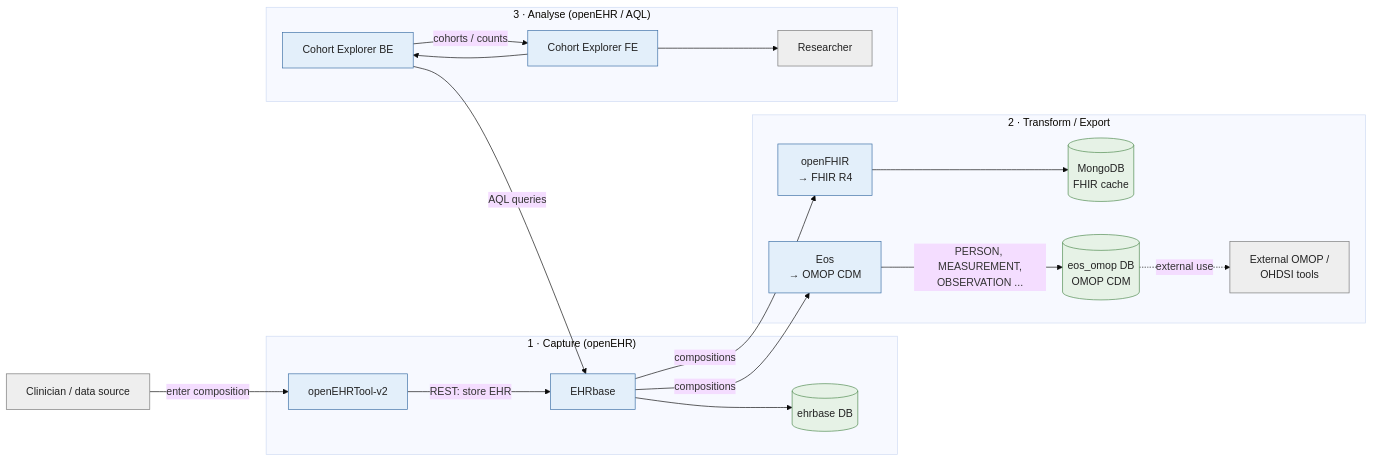
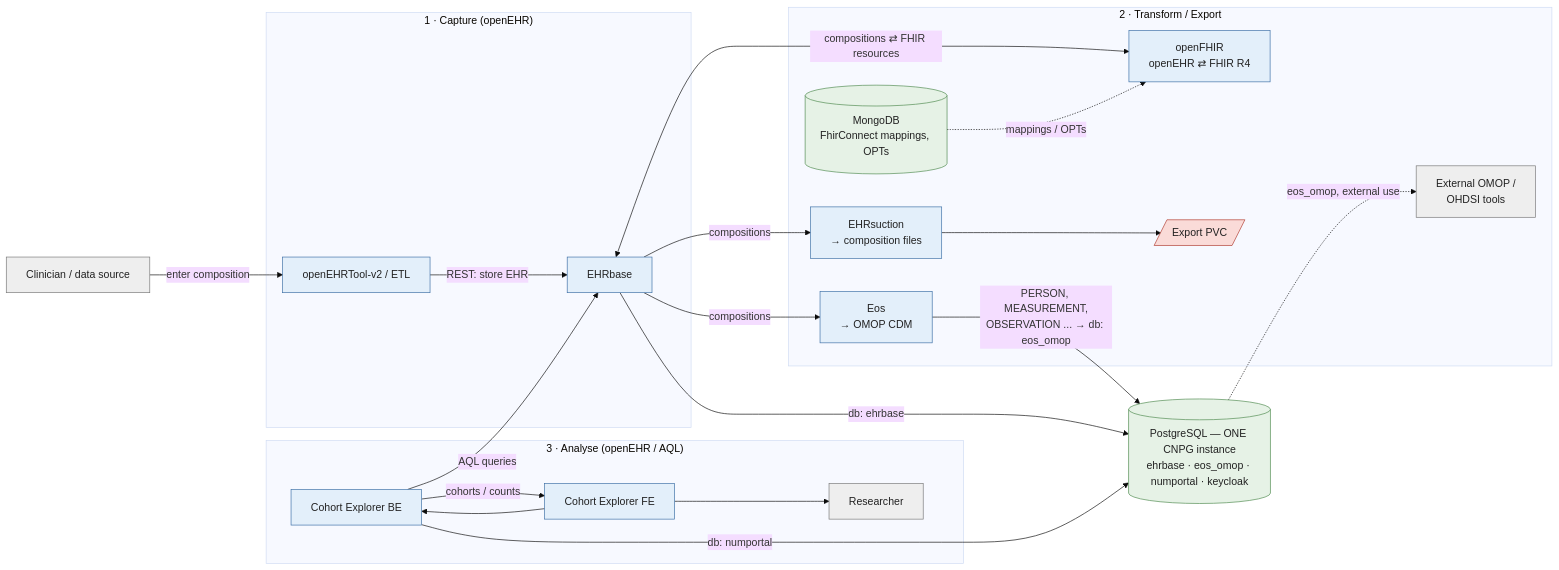
Before and after one commit to AltarisV/OHS-Open-Health-Stack: the third of 3 diagrams in docs/diagrams/architecture.mmd.md, drawn with Mermaid (base theme). The commit also changed other lines of this file and 36 other files, not shown here.

````diff
--- a/docs/diagrams/architecture.mmd.md
+++ b/docs/diagrams/architecture.mmd.md
@@ -149,43 +195,49 @@
 ```mermaid
 flowchart LR
     user["Clinician / data source"]:::ext
 
     subgraph capture["1 · Capture (openEHR)"]
-        tool["openEHRTool-v2"]:::app
+        tool["openEHRTool-v2 / ETL"]:::app
         ehrbase["EHRbase"]:::app
-        pg_ehr[("ehrbase DB")]:::db
     end
 
     subgraph export["2 · Transform / Export"]
-        openfhir["openFHIR<br/>→ FHIR R4"]:::app
+        openfhir["openFHIR<br/>openEHR ⇄ FHIR R4"]:::app
         eos["Eos<br/>→ OMOP CDM"]:::app
-        mongo[("MongoDB<br/>FHIR cache")]:::db
-        pg_omop[("eos_omop DB<br/>OMOP CDM")]:::db
+        ehrsuction["EHRsuction<br/>→ composition files"]:::app
+        mongo[("MongoDB<br/>FhirConnect mappings, OPTs")]:::db
+        exportvol[/"Export PVC"/]:::secret
         omoptools["External OMOP /<br/>OHDSI tools"]:::ext
     end
 
     subgraph analyse["3 · Analyse (openEHR / AQL)"]
         ce_be["Cohort Explorer BE"]:::app
         ce_fe["Cohort Explorer FE"]:::app
         analyst["Researcher"]:::ext
     end
 
+    pg[("PostgreSQL — ONE CNPG instance<br/>ehrbase · eos_omop · numportal · keycloak")]:::db
+
     user -->|"enter composition"| tool
     tool -->|"REST: store EHR"| ehrbase
-    ehrbase --> pg_ehr
+    ehrbase -->|"db: ehrbase"| pg
 
-    ehrbase -->|"compositions"| openfhir
+    ehrbase <-->|"compositions ⇄ FHIR resources"| openfhir
     ehrbase -->|"compositions"| eos
-    openfhir --> mongo
-    eos -->|"PERSON, MEASUREMENT,<br/>OBSERVATION ..."| pg_omop
-    pg_omop -.->|"external use"| omoptools
+    ehrbase -->|"compositions"| ehrsuction
+    mongo -.->|"mappings / OPTs"| openfhir
+    eos -->|"PERSON, MEASUREMENT,<br/>OBSERVATION ... → db: eos_omop"| pg
+    ehrsuction --> exportvol
+    pg -.->|"eos_omop, external use"| omoptools
 
     ce_be -->|"AQL queries"| ehrbase
+    ce_be -->|"db: numportal"| pg
     ce_fe --> ce_be
     ce_be -->|"cohorts / counts"| ce_fe
     ce_fe --> analyst
 
     classDef ext fill:#eeeeee,stroke:#777777,color:#222;
     classDef app fill:#e3effa,stroke:#3b6ea5,color:#222;
     classDef db  fill:#e6f2e6,stroke:#4f8a4f,color:#222;
+    classDef secret fill:#fadbd8,stroke:#b03a2e,color:#222;
 ```
````
